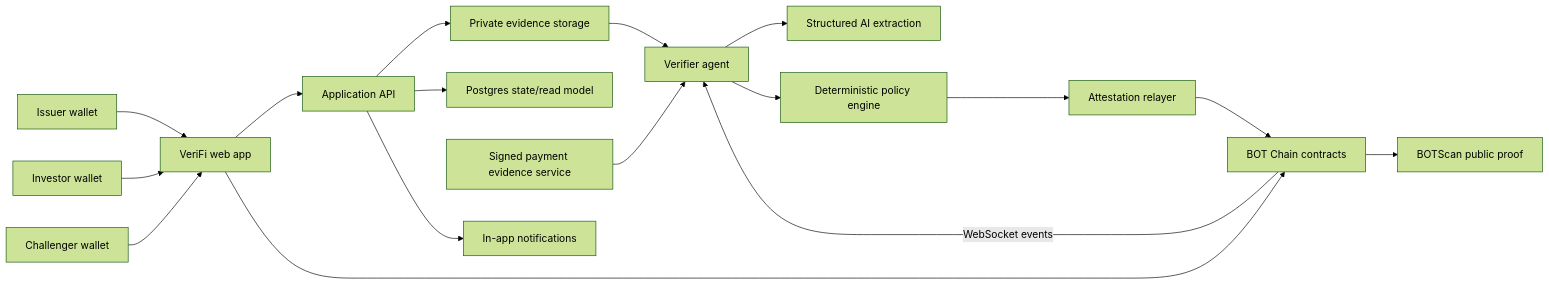
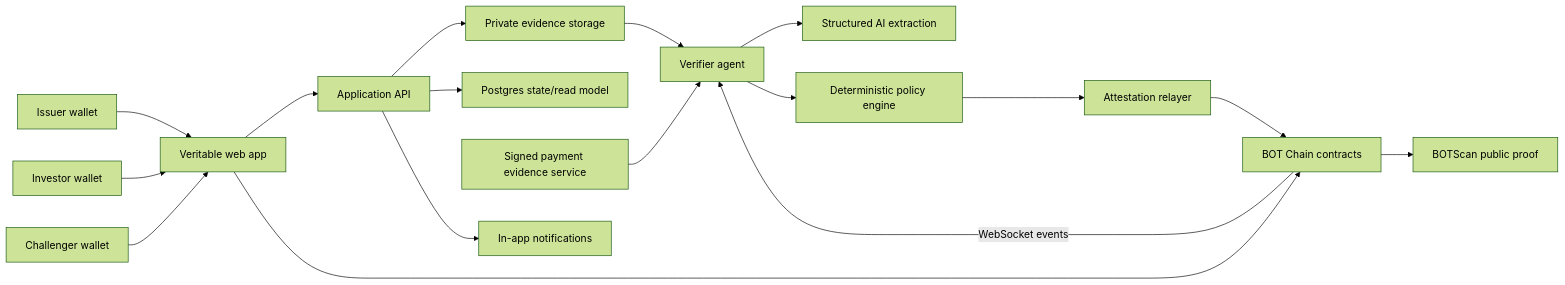
Before and after one commit to Techkeyy/veritable: the first of 3 diagrams in docs/02-system-architecture.md, drawn with Mermaid (forest theme). The commit also changed 31 other files, not shown here.

````diff
--- a/docs/02-system-architecture.md
+++ b/docs/02-system-architecture.md
@@ -15,19 +15,19 @@
 ```mermaid
 flowchart LR
-    Issuer["Issuer wallet"] --> Web["VeriFi web app"]
+    Issuer["Issuer wallet"] --> Web["Veritable web app"]
     Investor["Investor wallet"] --> Web
     Challenger["Challenger wallet"] --> Web
     Web --> API["Application API"]
     Web --> Contracts["BOT Chain contracts"]
     API --> Storage["Private evidence storage"]
     API --> DB["Postgres state/read model"]
     Oracle["Signed payment evidence service"] --> Agent["Verifier agent"]
     Storage --> Agent
     Contracts -->|"WebSocket events"| Agent
     Agent --> Model["Structured AI extraction"]
     Agent --> Policy["Deterministic policy engine"]
     Policy --> Relayer["Attestation relayer"]
     Relayer --> Contracts
     Contracts --> Explorer["BOTScan public proof"]
     API --> Notify["In-app notifications"]
 ```
````
